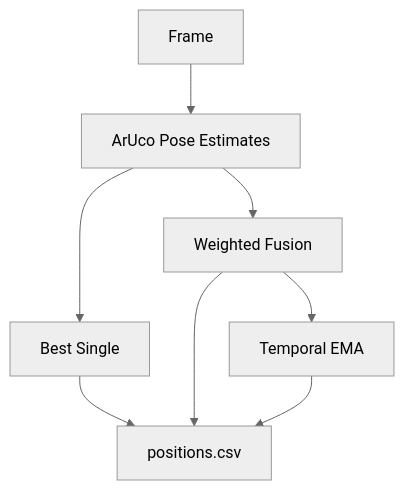
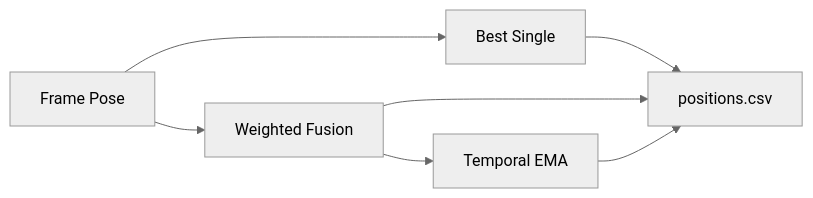
Before and after one commit to JIWOO1127/machine-vision1: diagram 12 of 13 in ArUco/README.md, drawn with Mermaid (neutral theme). The commit also changed other lines of this file and 10 other files, not shown here.

````diff
--- a/ArUco/README.md
+++ b/ArUco/README.md
@@ -658,13 +556,10 @@
 ```mermaid
-flowchart TD
-    A[Frame] --> B[ArUco Pose Estimates]
+flowchart LR
+    P["Frame Pose"] --> S["Best Single"]
+    P --> F["Weighted Fusion"]
+    F --> E["Temporal EMA"]
 
-    B --> C[Best Single]
-    B --> D[Weighted Fusion]
-
-    D --> E[Temporal EMA]
-
-    C --> F[positions.csv]
-    D --> F
-    E --> F
+    S --> CSV["positions.csv"]
+    F --> CSV
+    E --> CSV
 ```
````
